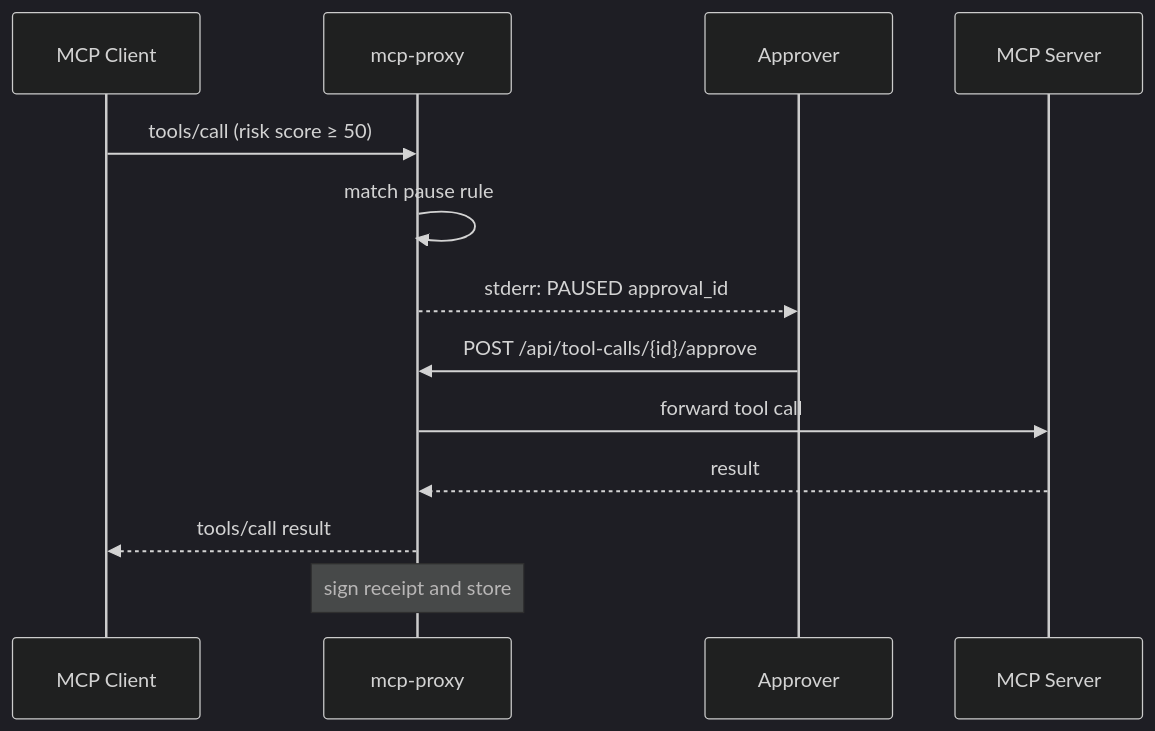
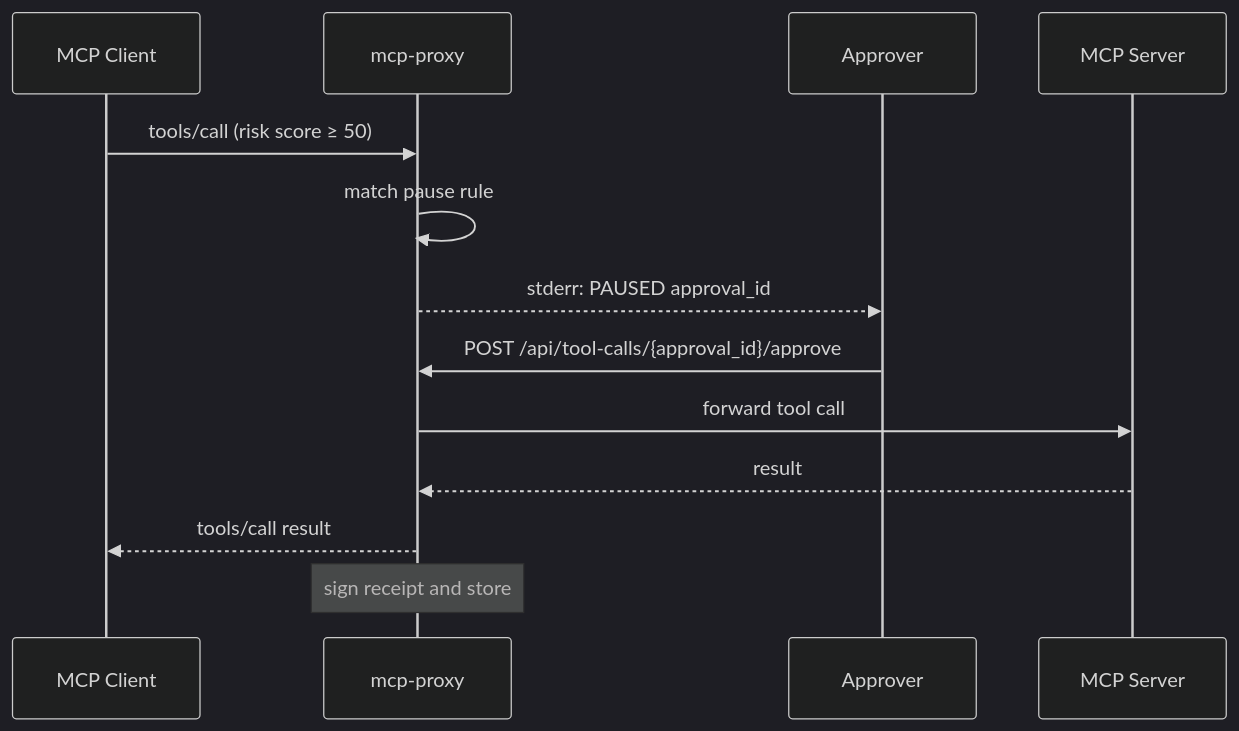
Before and after one commit to agent-receipts/ar: the diagram in site/src/content/docs/mcp-proxy/approval-ui.mdx, drawn with Mermaid (dark theme). The commit also changed 2 other files, not shown here.

Commit message:
docs(site): fix diagram issues per Copilot review on PR #400
receipt-chain-verification.mdx:
- Gap 3.2: delegation flowchart missing failure edge from resolve step;
  add 'not found' edge from B (resolve parent_chain_id) to unverifiable

mcp-proxy/overview.mdx:
- Gap 4.2: policy flowchart error path (block/denied/timeout) did not
  flow to 'Sign receipt and store'; proxy records a receipt for all
  outcomes; add edge from error node to receipt recording

mcp-proxy/approval-ui.mdx:
- Gap 5.1: path parameter was {id}, aligned with documented name
  {approval_id} used throughout the rest of the page

````diff
--- a/site/src/content/docs/mcp-proxy/approval-ui.mdx
+++ b/site/src/content/docs/mcp-proxy/approval-ui.mdx
@@ -27,16 +27,16 @@
 ```mermaid
 sequenceDiagram
   participant C as MCP Client
   participant P as mcp-proxy
   participant AP as Approver
   participant S as MCP Server
 
   C->>P: tools/call (risk score ≥ 50)
   P->>P: match pause rule
   P-->>AP: stderr: PAUSED approval_id
-  AP->>P: POST /api/tool-calls/{id}/approve
+  AP->>P: POST /api/tool-calls/{approval_id}/approve
   P->>S: forward tool call
   S-->>P: result
   P-->>C: tools/call result
   Note over P: sign receipt and store
 ```
````
